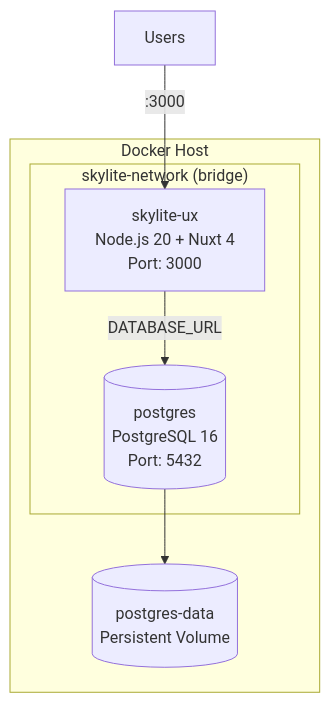
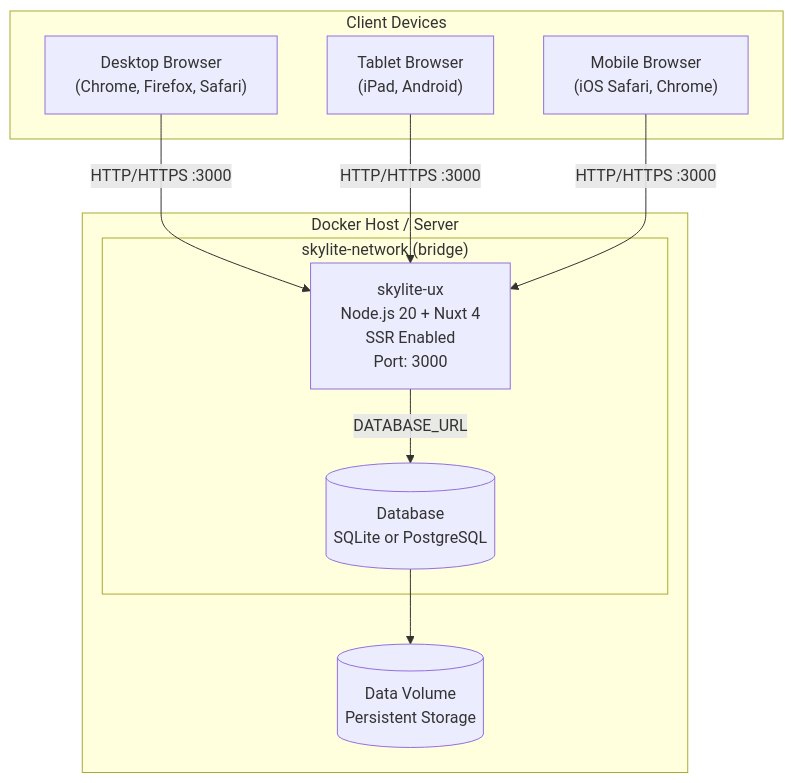
The fifth of 8 diagrams in docs/architecture.md (Wetzel402/SkyLite-UX), drawn with Mermaid before and after one commit. The commit also changed other lines of this file, not shown here.

First line of the commit message:
docs: Split architecture into Desktop/Server and Mobile sections

````diff
--- a/docs/architecture.md
+++ b/docs/architecture.md
@@ -335,14 +337,22 @@
 ```mermaid
 flowchart TB
-    subgraph DockerHost["Docker Host"]
-        subgraph Network["skylite-network (bridge)"]
-            App["skylite-ux<br/>Node.js 20 + Nuxt 4<br/>Port: 3000"]
-            DB[("postgres<br/>PostgreSQL 16<br/>Port: 5432")]
-        end
-        Volume[("postgres-data<br/>Persistent Volume")]
+    subgraph Clients["Client Devices"]
+        Desktop["Desktop Browser<br/>(Chrome, Firefox, Safari)"]
+        Tablet["Tablet Browser<br/>(iPad, Android)"]
+        MobileWeb["Mobile Browser<br/>(iOS Safari, Chrome)"]
     end
 
-    Users["Users"] -->|":3000"| App
+    subgraph DockerHost["Docker Host / Server"]
+        subgraph Network["skylite-network (bridge)"]
+            App["skylite-ux<br/>Node.js 20 + Nuxt 4<br/>SSR Enabled<br/>Port: 3000"]
+            DB[("Database<br/>SQLite or PostgreSQL")]
+        end
+        Volume[("Data Volume<br/>Persistent Storage")]
+    end
+
+    Desktop -->|"HTTP/HTTPS :3000"| App
+    Tablet -->|"HTTP/HTTPS :3000"| App
+    MobileWeb -->|"HTTP/HTTPS :3000"| App
     App -->|"DATABASE_URL"| DB
     DB --> Volume
 ```
````
